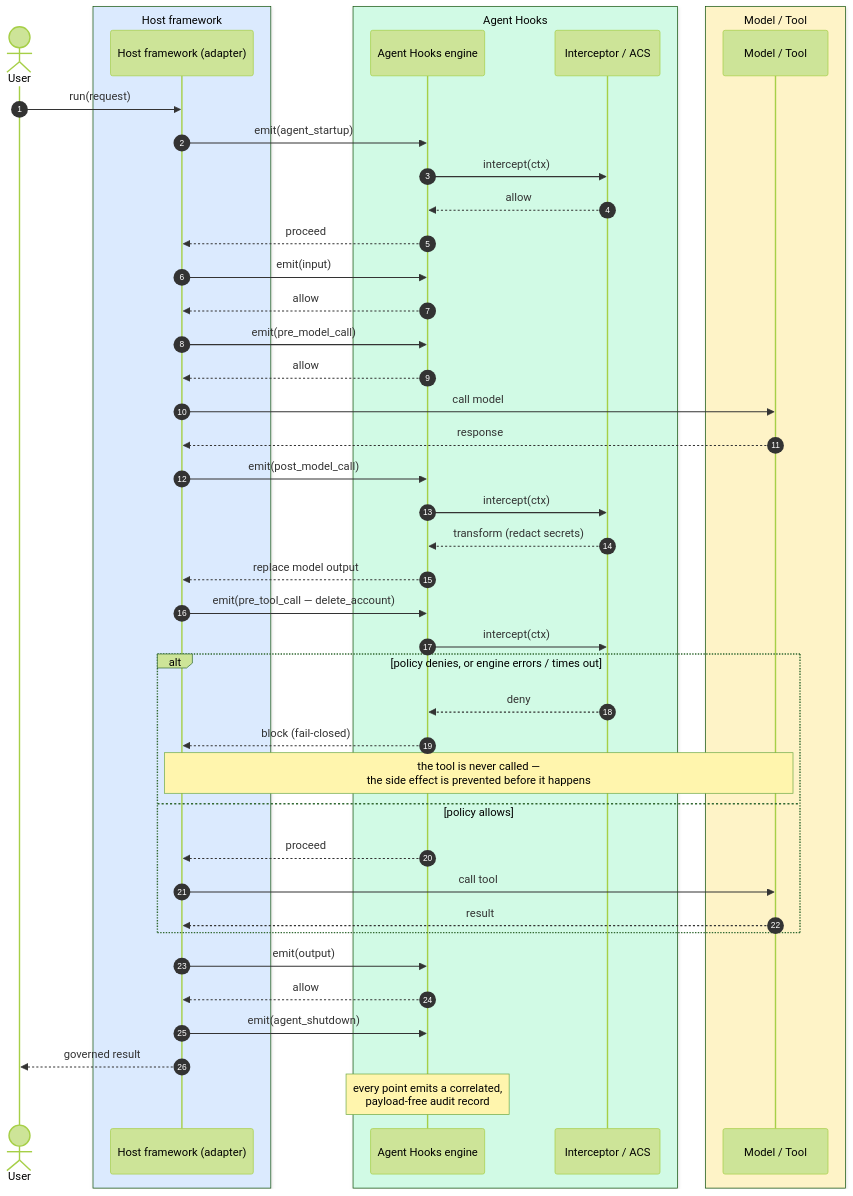
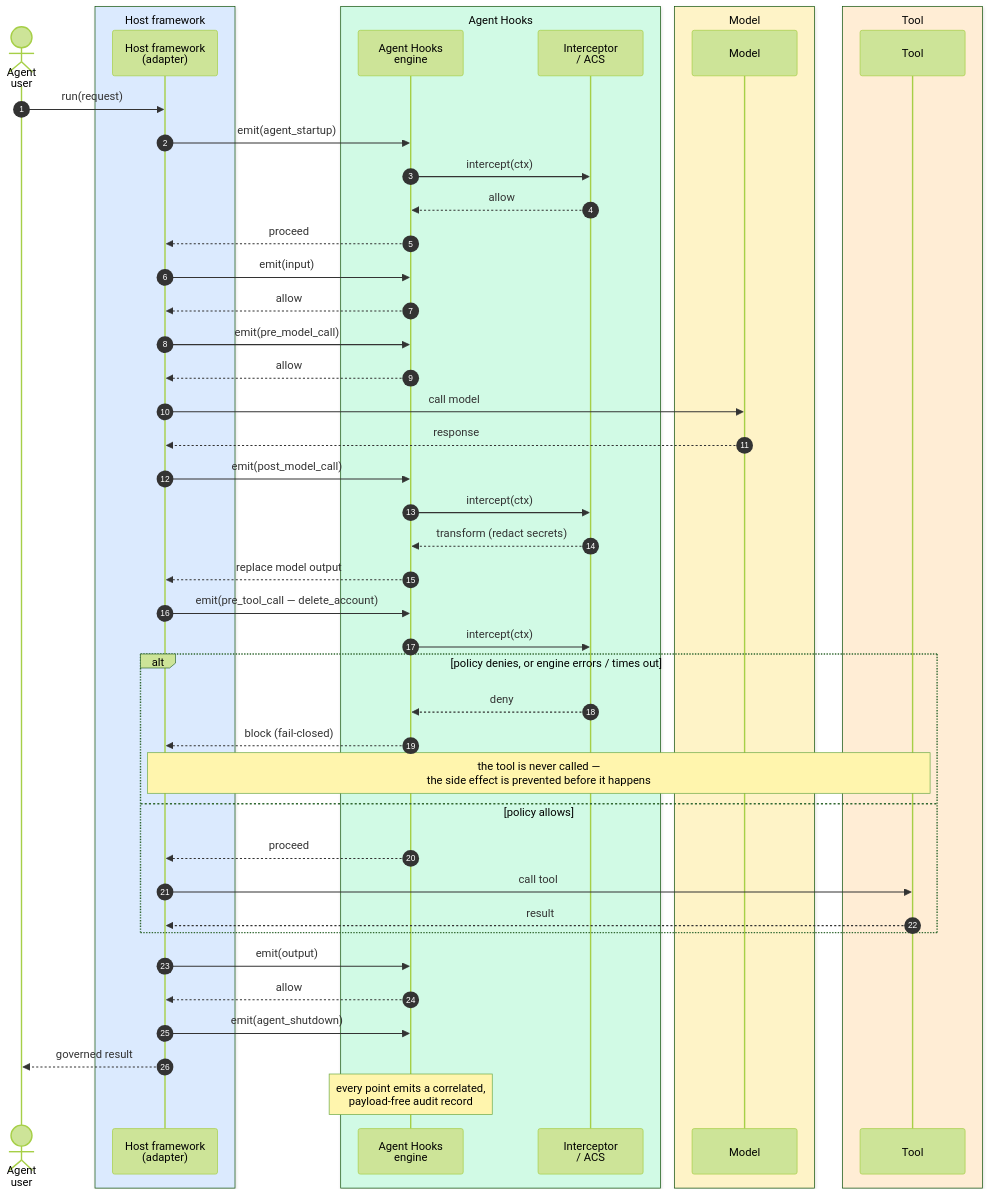
The second of 3 diagrams in docs/agent-hooks-in-5-minutes.md (prayagupa/agent-hooks), drawn with Mermaid (forest theme) before and after one commit. The commit also changed other lines of this file, not shown here.

````diff
--- a/docs/agent-hooks-in-5-minutes.md
+++ b/docs/agent-hooks-in-5-minutes.md
@@ -174,53 +190,56 @@
 ```mermaid
 sequenceDiagram
     autonumber
-    actor User
+  actor AgentUser as Agent<br/>user
     box rgb(219,234,254) Host framework
-        participant Host as Host framework (adapter)
+    participant Host as Host framework<br/>(adapter)
     end
     box rgb(209,250,229) Agent Hooks
-        participant Engine as Agent Hooks engine
-        participant Policy as Interceptor / ACS
+    participant Engine as Agent Hooks<br/>engine
+    participant Policy as Interceptor<br/>/ ACS
     end
-    box rgb(254,243,199) Model / Tool
-        participant MT as Model / Tool
+    box rgb(254,243,199) Model
+      participant Model
+    end
+    box rgb(255,237,213) Tool
+      participant Tool
     end
 
-    User->>Host: run(request)
+    AgentUser->>Host: run(request)
 
     Host->>Engine: emit(agent_startup)
     Engine->>Policy: intercept(ctx)
     Policy-->>Engine: allow
     Engine-->>Host: proceed
 
     Host->>Engine: emit(input)
     Engine-->>Host: allow
 
     Host->>Engine: emit(pre_model_call)
     Engine-->>Host: allow
-    Host->>MT: call model
-    MT-->>Host: response
+    Host->>Model: call model
+    Model-->>Host: response
     Host->>Engine: emit(post_model_call)
     Engine->>Policy: intercept(ctx)
     Policy-->>Engine: transform (redact secrets)
     Engine-->>Host: replace model output
 
     Host->>Engine: emit(pre_tool_call — delete_account)
     Engine->>Policy: intercept(ctx)
     alt policy denies, or engine errors / times out
         Policy-->>Engine: deny
         Engine-->>Host: block (fail-closed)
-        Note over Host,MT: the tool is never called —<br/>the side effect is prevented before it happens
+        Note over Host,Tool: the tool is never called —<br/>the side effect is prevented before it happens
     else policy allows
         Engine-->>Host: proceed
-        Host->>MT: call tool
-        MT-->>Host: result
+        Host->>Tool: call tool
+        Tool-->>Host: result
     end
 
     Host->>Engine: emit(output)
     Engine-->>Host: allow
     Host->>Engine: emit(agent_shutdown)
-    Host-->>User: governed result
+    Host-->>AgentUser: governed result
 
     Note over Engine: every point emits a correlated,<br/>payload-free audit record
 ```
````
